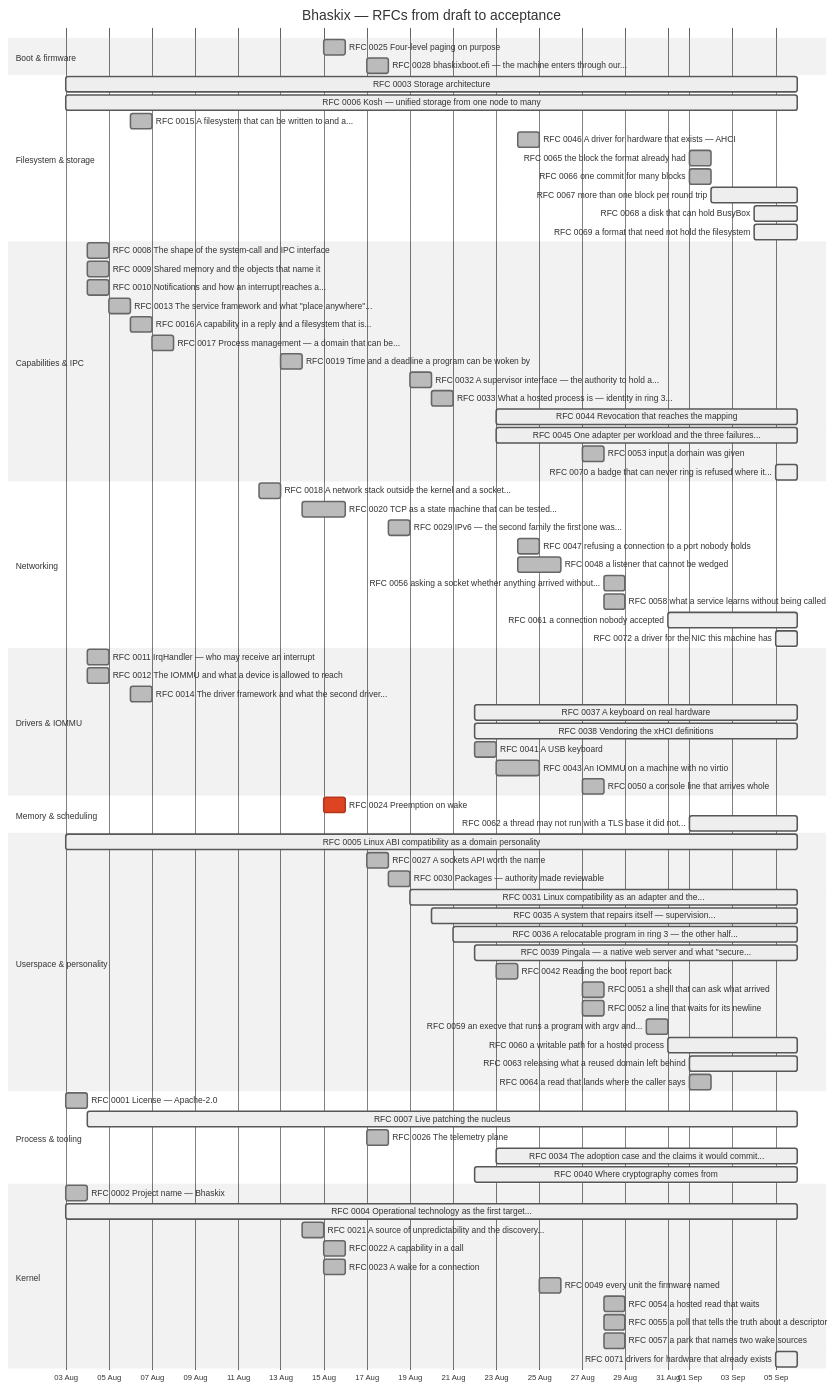
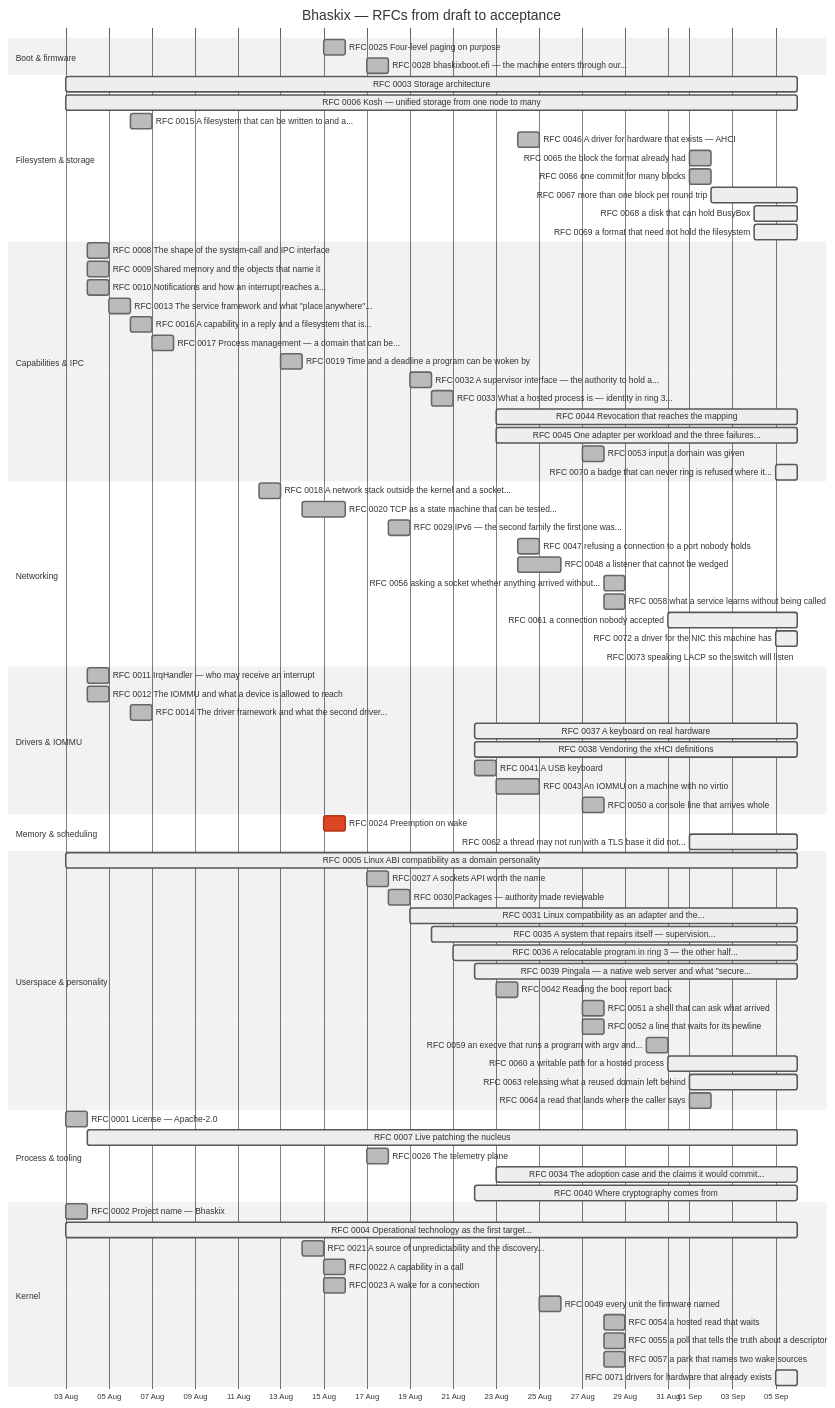
Before and after one commit to bhaskix/bhaskix: the diagram in docs/progress.md, drawn with Mermaid (neutral theme). The commit also changed other lines of this file and 1 other file, not shown here.

First line of the commit message:
docs: record LACP as a decision, and regenerate the chart the RFC made stale

```diff
--- a/docs/progress.md
+++ b/docs/progress.md
@@ -64,6 +64,7 @@
     RFC 0058 what a service learns without being called :done, r0058, 2026-08-28, 1d
     RFC 0061 a connection nobody accepted :active, r0061, 2026-08-31, 2026-09-06
     RFC 0072 a driver for the NIC this machine has :active, r0072, 2026-09-05, 2026-09-06
+    RFC 0073 speaking LACP so the switch will listen :active, r0073, 2026-09-06, 2026-09-06
     section Drivers & IOMMU
     RFC 0011 IrqHandler — who may receive an interrupt :done, r0011, 2026-08-04, 1d
     RFC 0012 The IOMMU and what a device is allowed to reach :done, r0012, 2026-08-04, 1d
```
